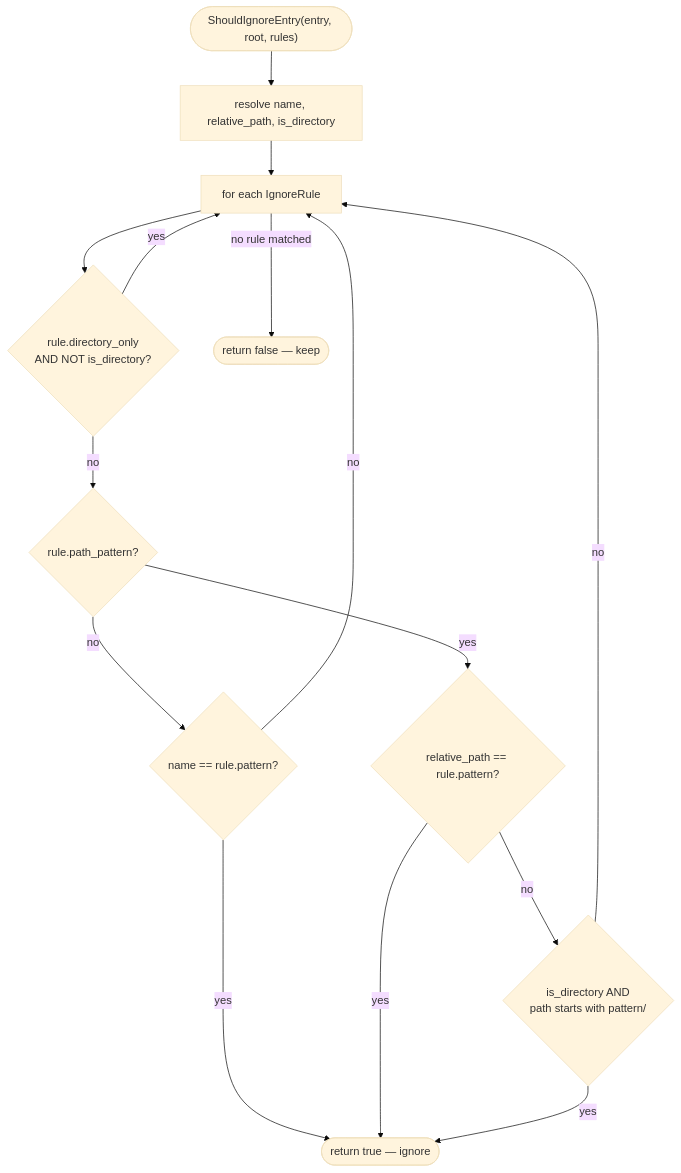
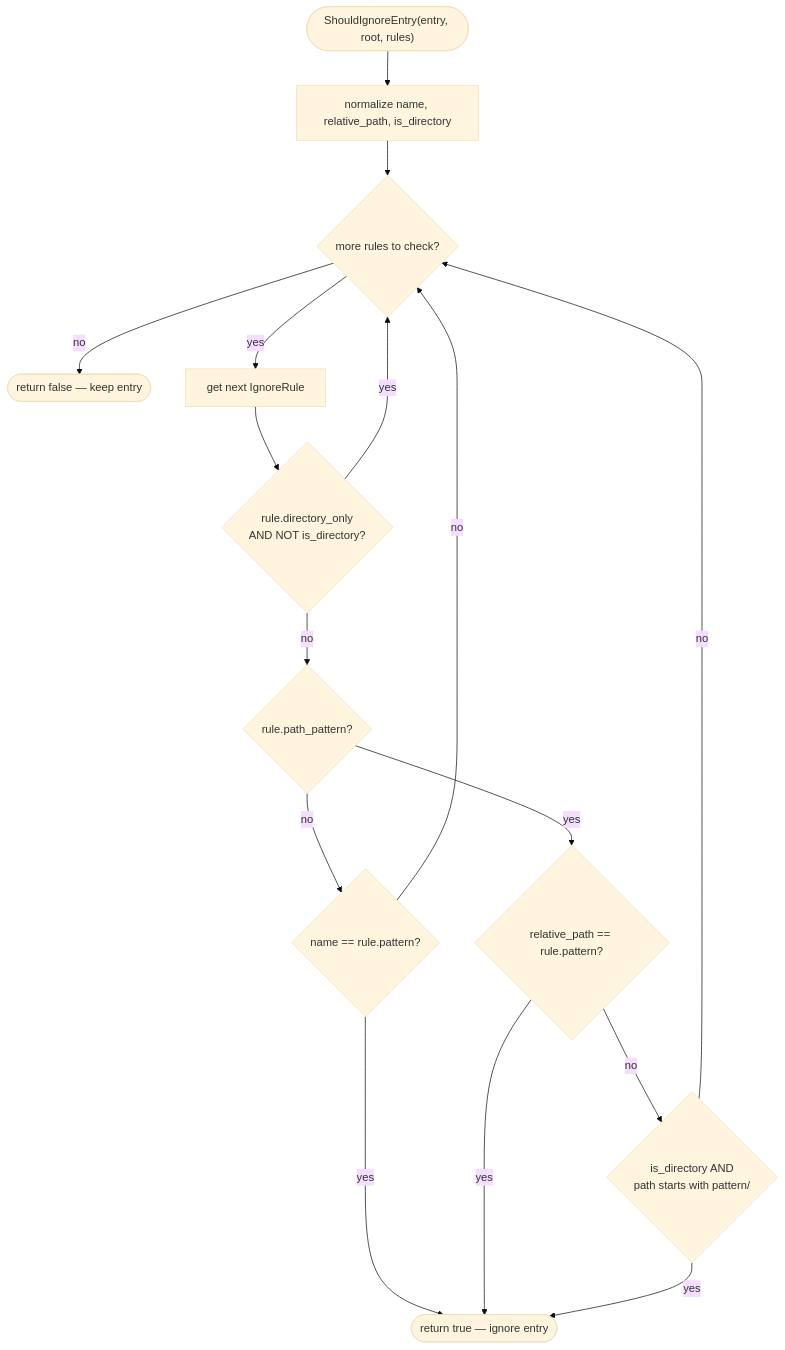
The third of 4 diagrams in docs/design-notes.md (shreejaykurhade/quickseek), drawn with Mermaid (base theme) before and after one commit. The commit also changed other lines of this file and 1 other file, not shown here.

Commit message:
docs: fix mermaid diagram syntax

````diff
--- a/docs/design-notes.md
+++ b/docs/design-notes.md
@@ -97,18 +101,19 @@
 ```mermaid
 flowchart TD
     A(["ShouldIgnoreEntry(entry, root, rules)"])
-    A --> B["resolve name, relative_path, is_directory"]
-    B --> C["for each IgnoreRule"]
-    C --> D{"rule.directory_only\nAND NOT is_directory?"}
-    D -- yes --> C
-    D -- no --> E{rule.path_pattern?}
-    E -- no --> F{"name == rule.pattern?"}
-    F -- yes --> G(["return true — ignore"])
-    F -- no --> C
-    E -- yes --> H{"relative_path == rule.pattern?"}
-    H -- yes --> G
+    A --> B["normalize name, relative_path, is_directory"]
+    B --> C{"more rules to check?"}
+    C -- no --> J(["return false — keep entry"])
+    C -- yes --> D["get next IgnoreRule"]
+    D --> E{"rule.directory_only\nAND NOT is_directory?"}
+    E -- yes --> C
+    E -- no --> F{"rule.path_pattern?"}
+    F -- no --> G{"name == rule.pattern?"}
+    G -- yes --> K(["return true — ignore entry"])
+    G -- no --> C
+    F -- yes --> H{"relative_path == rule.pattern?"}
+    H -- yes --> K
     H -- no --> I{"is_directory AND\npath starts with pattern/"}
-    I -- yes --> G
+    I -- yes --> K
     I -- no --> C
-    C -- "no rule matched" --> J(["return false — keep"])
 ```
````
